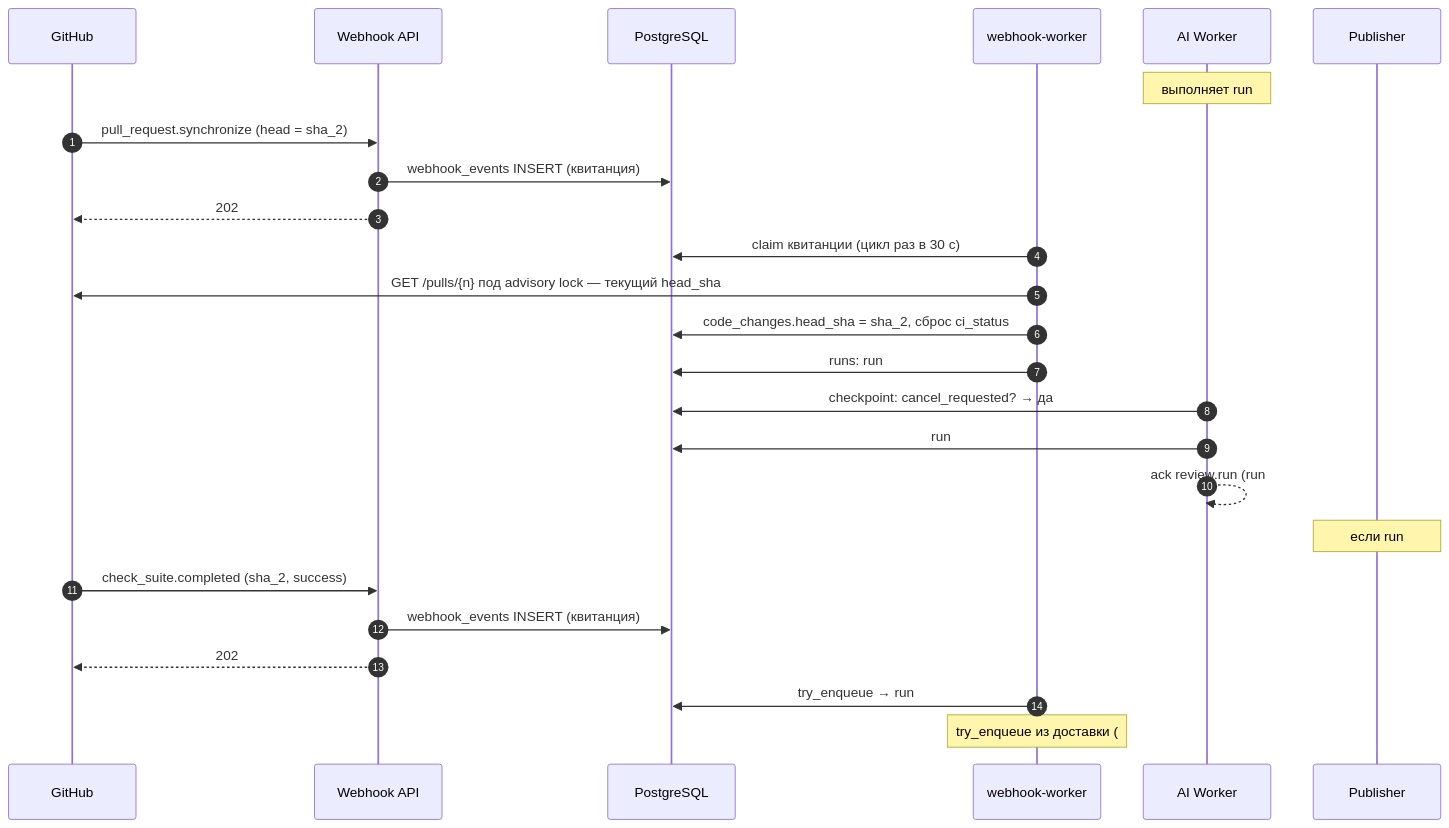
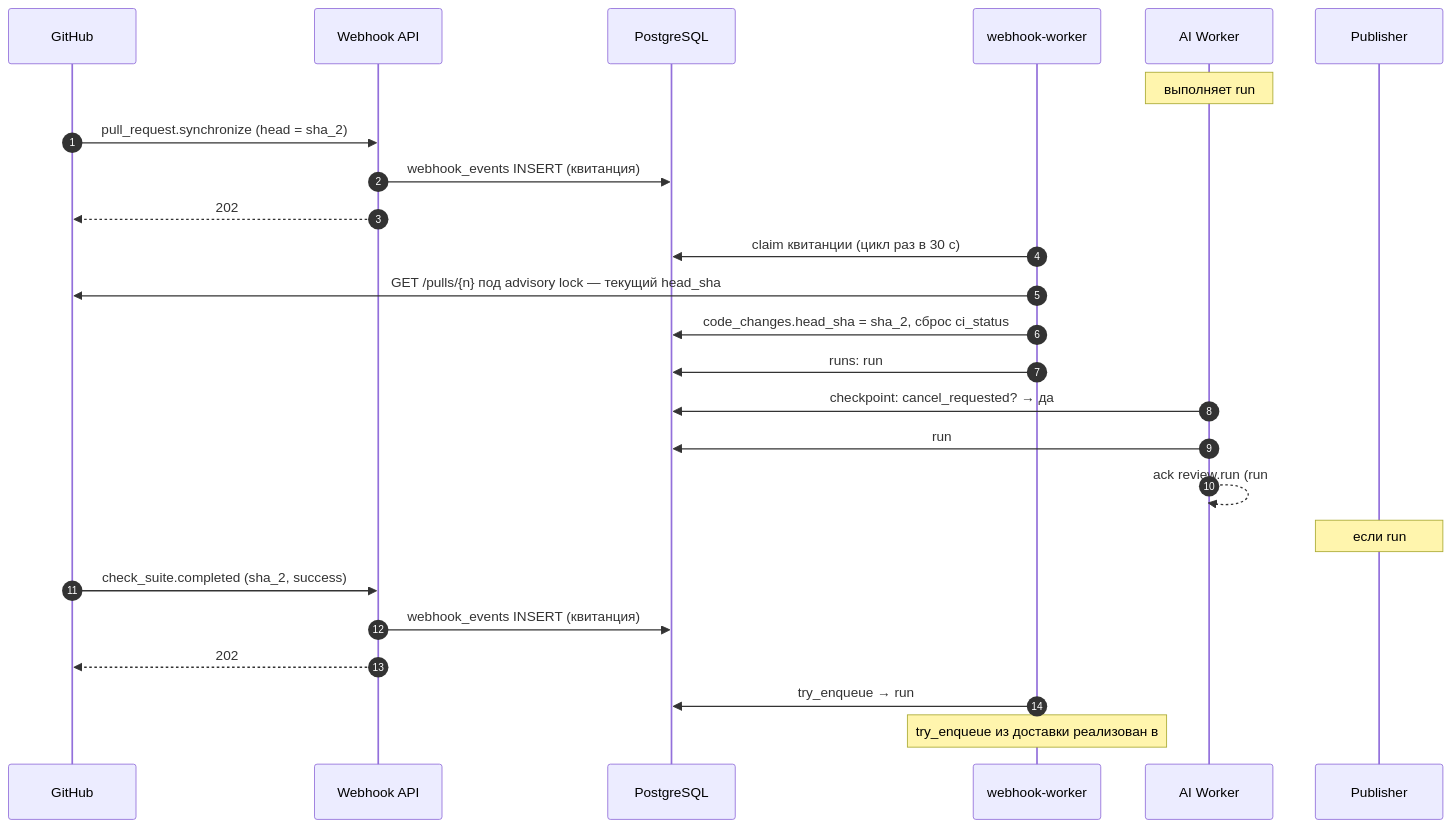
One commit to larchanka-training/dmc-268-api-t6 changed the sixth of 13 diagrams in docs/SYSTEM_DESIGN.md. Above: the diagram before and after it, drawn with Mermaid. The commit also changed other lines of this file and 4 other files, not shown here.

````diff
--- a/docs/SYSTEM_DESIGN.md
+++ b/docs/SYSTEM_DESIGN.md
@@ -298,28 +299,28 @@
 ```mermaid
 sequenceDiagram
   autonumber
   participant GH as GitHub
   participant WH as Webhook API
   participant PG as PostgreSQL
   participant WW as webhook-worker
   participant W as AI Worker
   participant P as Publisher
 
   Note over W: выполняет run#1 (sha_1)
   GH->>WH: pull_request.synchronize (head = sha_2)
   WH->>PG: webhook_events INSERT (квитанция)
   WH-->>GH: 202
   WW->>PG: claim квитанции (цикл раз в 30 с)
   WW->>GH: GET /pulls/{n} под advisory lock — текущий head_sha
   WW->>PG: code_changes.head_sha = sha_2, сброс ci_status
   WW->>PG: runs: run#1.cancel_requested = true
   W->>PG: checkpoint: cancel_requested? → да
   W->>PG: run#1.state → cancelled
   W-->>W: ack review.run (run#1), без публикации
   Note over P: если run#1 уже в review.publish — Publisher сверяет sha_1 ≠ head_sha и не постит
   GH->>WH: check_suite.completed (sha_2, success)
   WH->>PG: webhook_events INSERT (квитанция)
   WH-->>GH: 202
   WW->>PG: try_enqueue → run#2 (sha_2)
-  Note over WW: try_enqueue из доставки (#52)
+  Note over WW: try_enqueue из доставки реализован в #52
 ```
````
